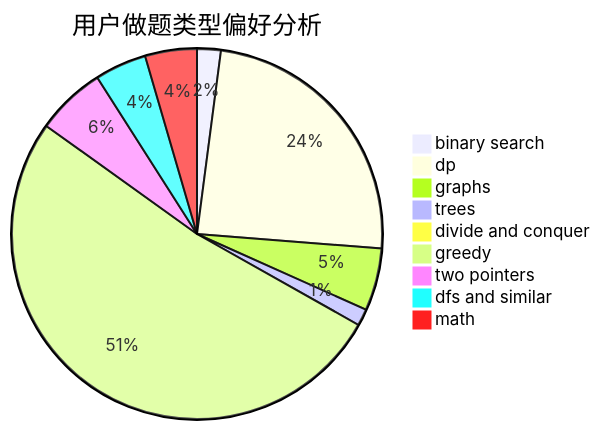
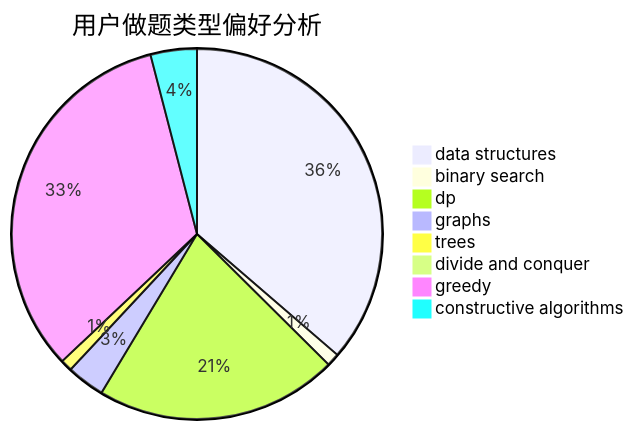
The second of 3 diagrams in docs/user/u236.md (sherpahu/cfrs.github.io), drawn with Mermaid before and after one commit. The commit also changed other lines of this file and 2775 other files, not shown here.

````diff
--- a/docs/user/u236.md
+++ b/docs/user/u236.md
@@ -23,12 +23,11 @@
 ```mermaid
 pie title 用户做题类型偏好分析
-    "binary search" :  44
-    "dp" :  514
-    "graphs" :  116
-    "trees" :  31
-    "divide and conquer" :  17
-    "greedy" :  1100
-    "two pointers" :  129
-    "dfs and similar" :  96
-    "math" :  96
+    "data structures" :  710
+    "binary search" :  22
+    "dp" :  414
+    "graphs" :  65
+    "trees" :  20
+    "divide and conquer" :  5
+    "greedy" :  645
+    "constructive algorithms" :  79
 ```
````
